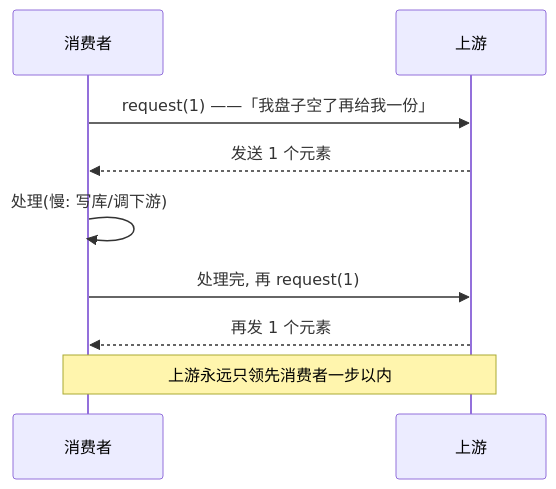
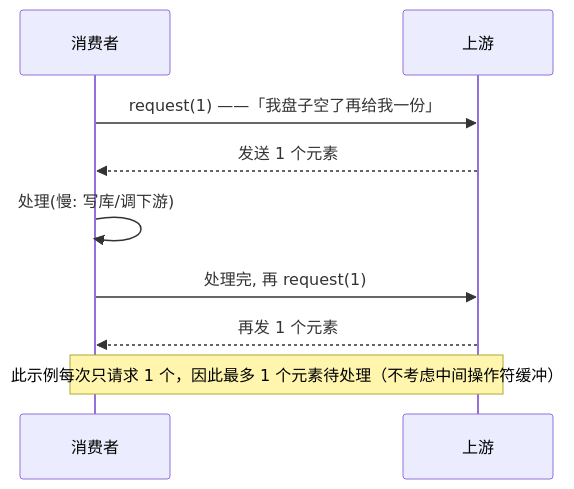
The second of 5 diagrams in docs/02-阶段二-Spring生态与Web开发核心/04-WebFlux与响应式选型.md (CrazyForks/java-full-stack), drawn with Mermaid before and after one commit. The commit also changed other lines of this file and 58 other files, not shown here.

````diff
--- a/docs/02-阶段二-Spring生态与Web开发核心/04-WebFlux与响应式选型.md
+++ b/docs/02-阶段二-Spring生态与Web开发核心/04-WebFlux与响应式选型.md
@@ -128,12 +128,12 @@
 ```mermaid
 sequenceDiagram
     participant 消费者
     participant 上游
 
     消费者->>上游: request(1) ——「我盘子空了再给我一份」
     上游-->>消费者: 发送 1 个元素
     消费者->>消费者: 处理(慢: 写库/调下游)
     消费者->>上游: 处理完, 再 request(1)
     上游-->>消费者: 再发 1 个元素
-    Note over 消费者,上游: 上游永远只领先消费者一步以内
+    Note over 消费者,上游: 此示例每次只请求 1 个，因此最多 1 个元素待处理（不考虑中间操作符缓冲）
 ```
````
